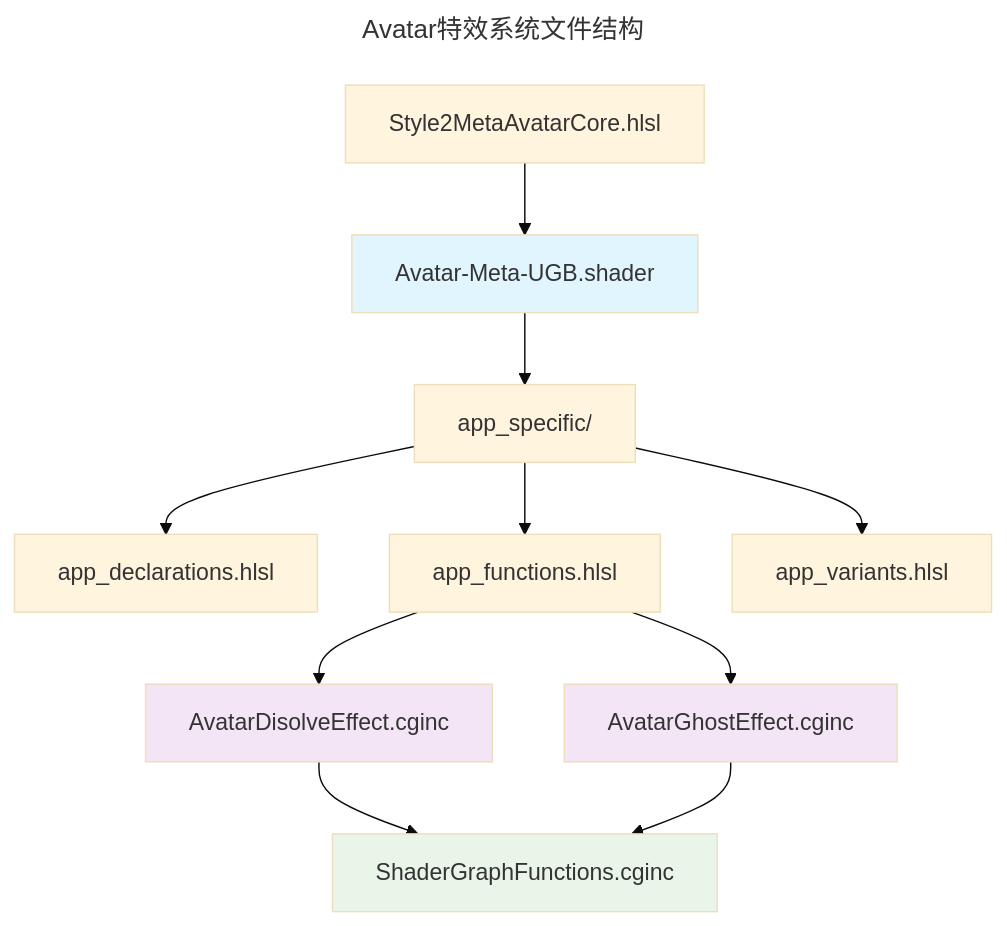
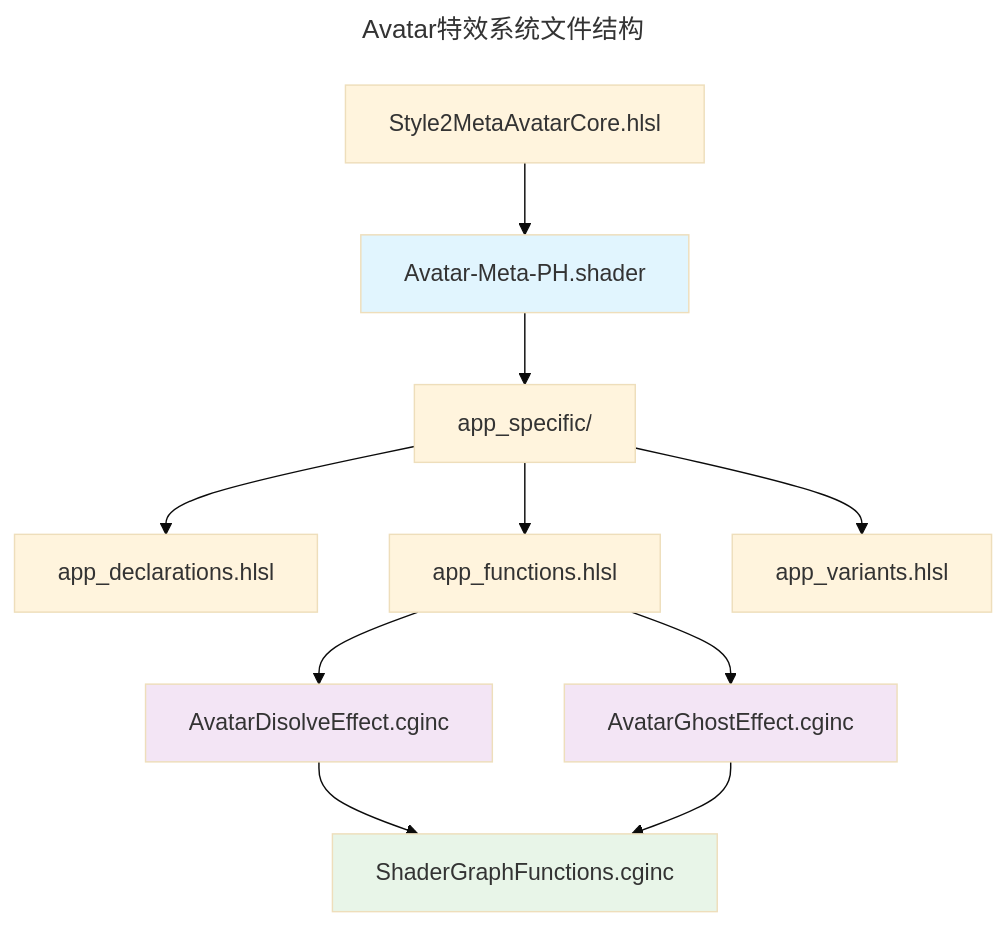
Before and after one commit to honeyeyo/UGB: the diagram in Assets/PongHub/VFX/Shaders/CustomAvatar/README.md, drawn with Mermaid (base theme). The commit also changed other lines of this file and 31 other files, not shown here.

````diff
--- a/Assets/PongHub/VFX/Shaders/CustomAvatar/README.md
+++ b/Assets/PongHub/VFX/Shaders/CustomAvatar/README.md
@@ -93,23 +93,23 @@
 ```mermaid
 ---
 title: Avatar特效系统文件结构
 ---
 graph TD
-    A[Avatar-Meta-UGB.shader] --> B[app_specific/]
+    A[Avatar-Meta-PH.shader] --> B[app_specific/]
     B --> C[app_declarations.hlsl]
     B --> D[app_functions.hlsl]
     B --> E[app_variants.hlsl]
 
     D --> F[AvatarDisolveEffect.cginc]
     D --> G[AvatarGhostEffect.cginc]
 
     F --> H[ShaderGraphFunctions.cginc]
     G --> H
 
     I[Style2MetaAvatarCore.hlsl] --> A
 
     style A fill:#e1f5fe
     style F fill:#f3e5f5
     style G fill:#f3e5f5
     style H fill:#e8f5e8
 ```
````
